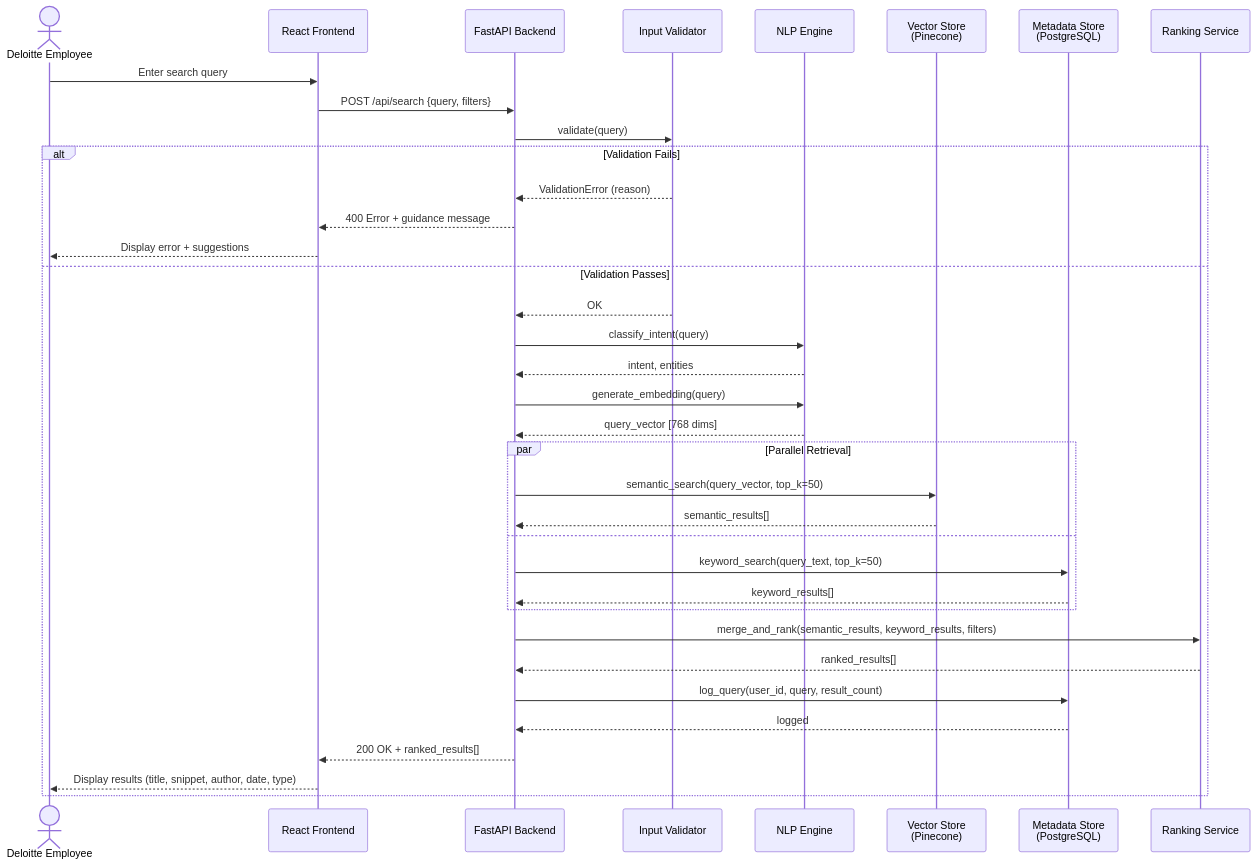
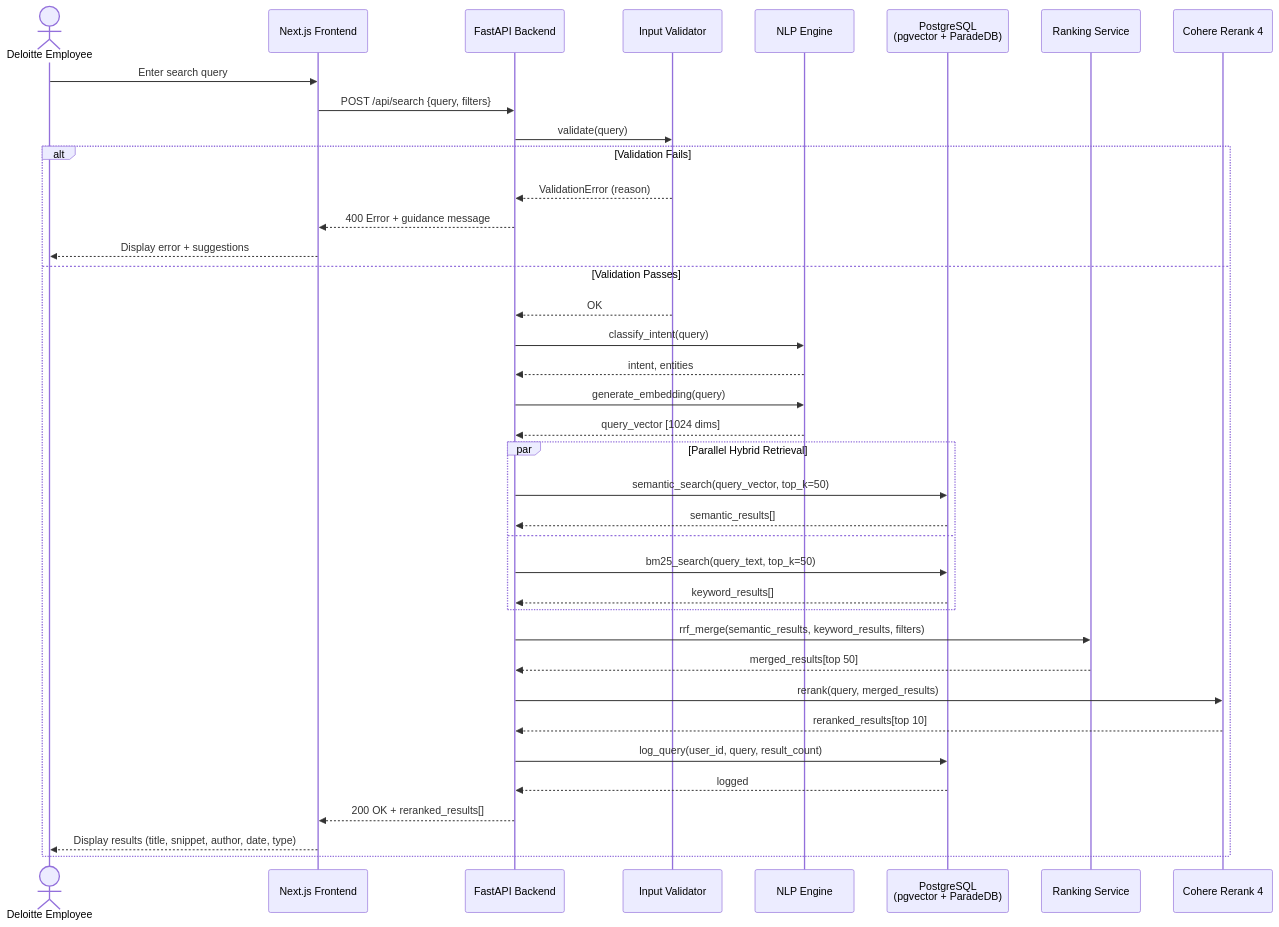
The third of 5 diagrams in software-engineering/Software_Engineering_Draft.md (FlyM1ss/capstone-project), drawn with Mermaid before and after one commit. The commit also changed other lines of this file and 14 other files, not shown here.

````diff
--- a/software-engineering/Software_Engineering_Draft.md
+++ b/software-engineering/Software_Engineering_Draft.md
@@ -163,42 +164,44 @@
 ```mermaid
 sequenceDiagram
     actor User as Deloitte Employee
-    participant UI as React Frontend
+    participant UI as Next.js Frontend
     participant API as FastAPI Backend
     participant Val as Input Validator
     participant NLP as NLP Engine
-    participant VS as Vector Store<br/>(Pinecone)
-    participant DB as Metadata Store<br/>(PostgreSQL)
+    participant DB as PostgreSQL<br/>(pgvector + ParadeDB)
     participant Rank as Ranking Service
+    participant RR as Cohere Rerank 4
 
     User->>UI: Enter search query
     UI->>API: POST /api/search {query, filters}
     API->>Val: validate(query)
 
     alt Validation Fails
         Val-->>API: ValidationError (reason)
         API-->>UI: 400 Error + guidance message
         UI-->>User: Display error + suggestions
     else Validation Passes
         Val-->>API: OK
         API->>NLP: classify_intent(query)
         NLP-->>API: intent, entities
         API->>NLP: generate_embedding(query)
-        NLP-->>API: query_vector [768 dims]
+        NLP-->>API: query_vector [1024 dims]
 
-        par Parallel Retrieval
-            API->>VS: semantic_search(query_vector, top_k=50)
-            VS-->>API: semantic_results[]
+        par Parallel Hybrid Retrieval
+            API->>DB: semantic_search(query_vector, top_k=50)
+            DB-->>API: semantic_results[]
         and
-            API->>DB: keyword_search(query_text, top_k=50)
+            API->>DB: bm25_search(query_text, top_k=50)
             DB-->>API: keyword_results[]
         end
 
-        API->>Rank: merge_and_rank(semantic_results, keyword_results, filters)
-        Rank-->>API: ranked_results[]
+        API->>Rank: rrf_merge(semantic_results, keyword_results, filters)
+        Rank-->>API: merged_results[top 50]
+        API->>RR: rerank(query, merged_results)
+        RR-->>API: reranked_results[top 10]
         API->>DB: log_query(user_id, query, result_count)
         DB-->>API: logged
-        API-->>UI: 200 OK + ranked_results[]
+        API-->>UI: 200 OK + reranked_results[]
         UI-->>User: Display results (title, snippet, author, date, type)
     end
 ```
````
